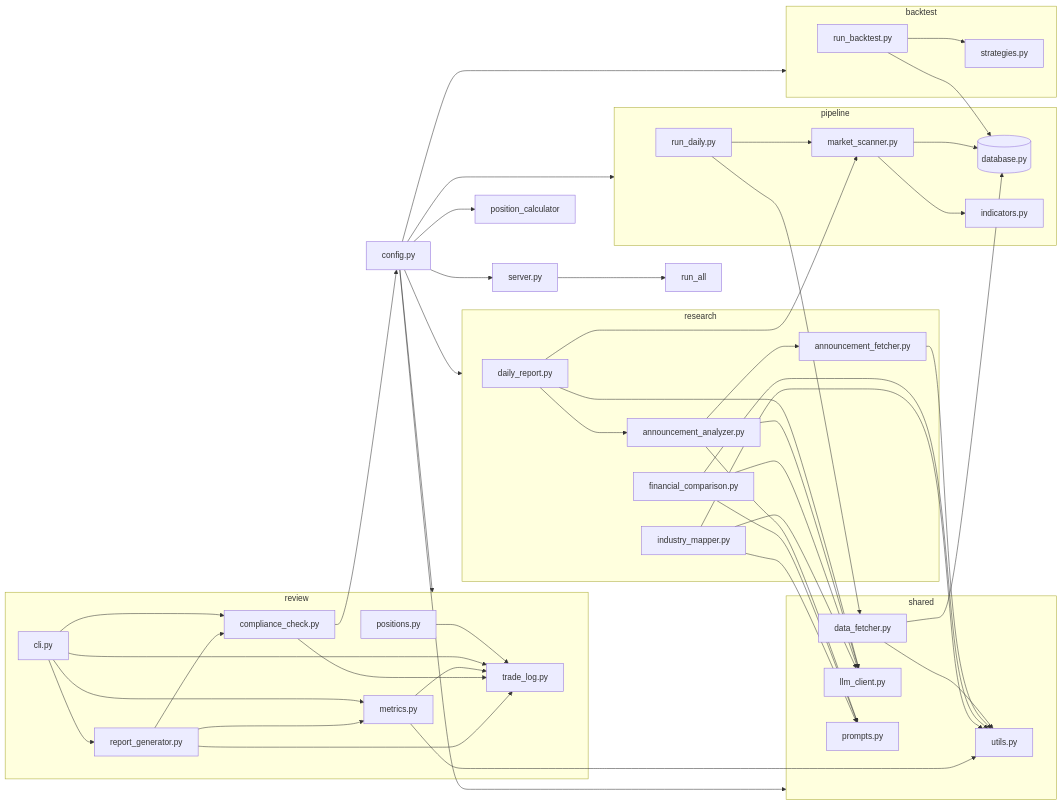
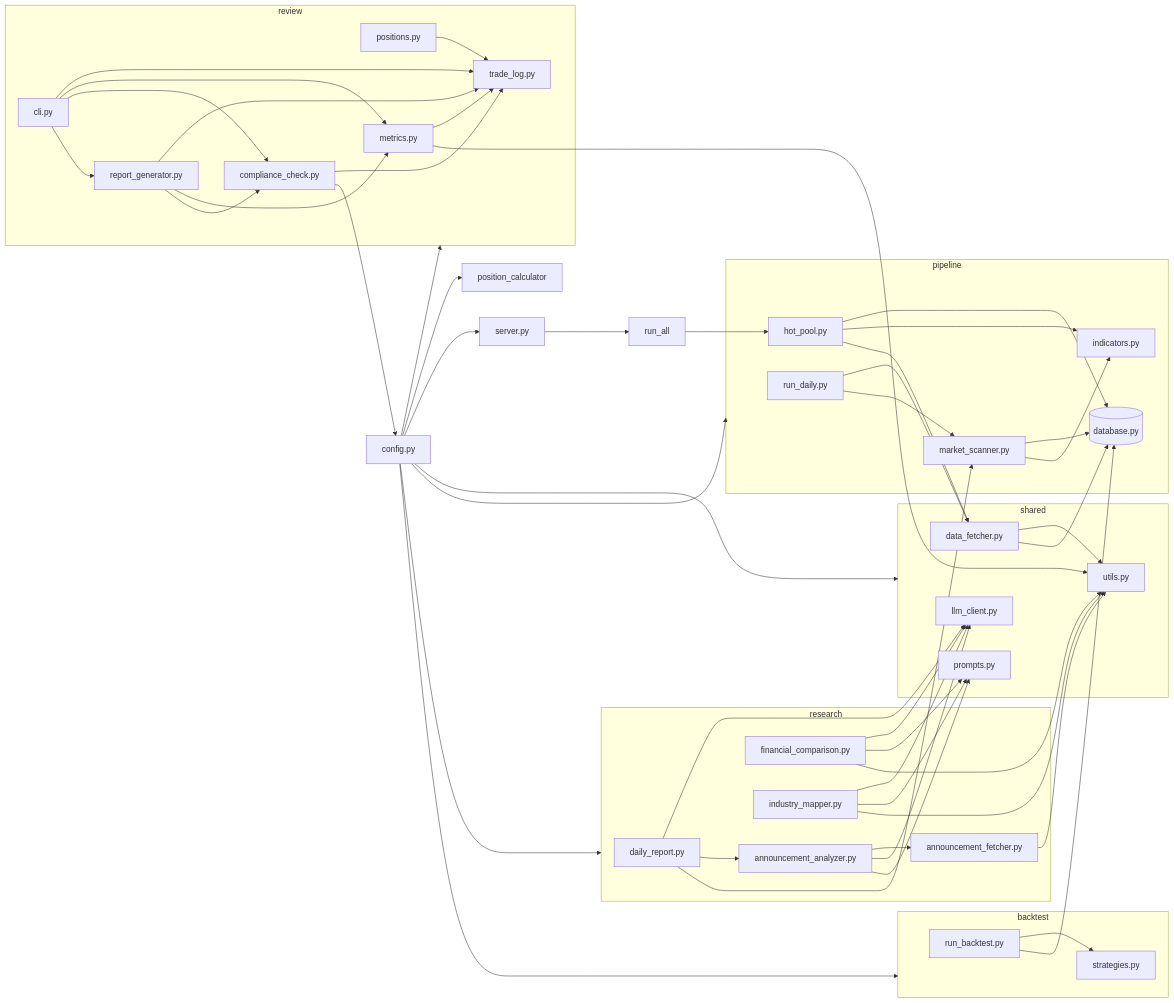
Before and after one commit to fukangjian/BIllion: the second of 6 diagrams in Invest/ARCHITECTURE.md, drawn with Mermaid. The commit also changed other lines of this file and 5 other files, not shown here.

````diff
--- a/Invest/ARCHITECTURE.md
+++ b/Invest/ARCHITECTURE.md
@@ -144,69 +148,72 @@
 ```mermaid
 flowchart LR
     config[config.py]
 
     config --> shared
     config --> pipeline
     config --> research
     config --> review
     config --> backtest
     config --> position_calculator
     config --> server
 
     subgraph shared
         utils[utils.py]
         data_fetcher[data_fetcher.py]
         llm_client[llm_client.py]
         prompts[prompts.py]
     end
 
     data_fetcher --> utils
     data_fetcher --> database[(database.py)]
 
     subgraph pipeline
         database
         indicators[indicators.py]
         market_scanner[market_scanner.py]
+        hot_pool[hot_pool.py]
         run_daily[run_daily.py]
     end
 
     market_scanner --> database & indicators
+    hot_pool --> database & indicators & data_fetcher
     run_daily --> data_fetcher & market_scanner
 
     subgraph research
         daily_report[daily_report.py]
         announcement[announcement_analyzer.py]
         ann_fetcher[announcement_fetcher.py]
         financial[financial_comparison.py]
         industry[industry_mapper.py]
     end
 
     daily_report --> llm_client & announcement & market_scanner
     announcement --> ann_fetcher & llm_client & prompts
     ann_fetcher --> utils
     financial & industry --> llm_client & prompts & utils
 
     subgraph review
         trade_log[trade_log.py]
         positions[positions.py]
         metrics[metrics.py]
         compliance[compliance_check.py]
         report_gen[report_generator.py]
         cli[cli.py]
     end
 
     positions --> trade_log
     cli --> trade_log & metrics & compliance & report_gen
     metrics --> trade_log & utils
     compliance --> trade_log & config
     report_gen --> trade_log & metrics & compliance
 
     subgraph backtest
         strategies[strategies.py]
         run_backtest[run_backtest.py]
     end
 
     run_backtest --> strategies & database
 
     server[server.py] --> run_all
+    run_all --> hot_pool
 ```
````
